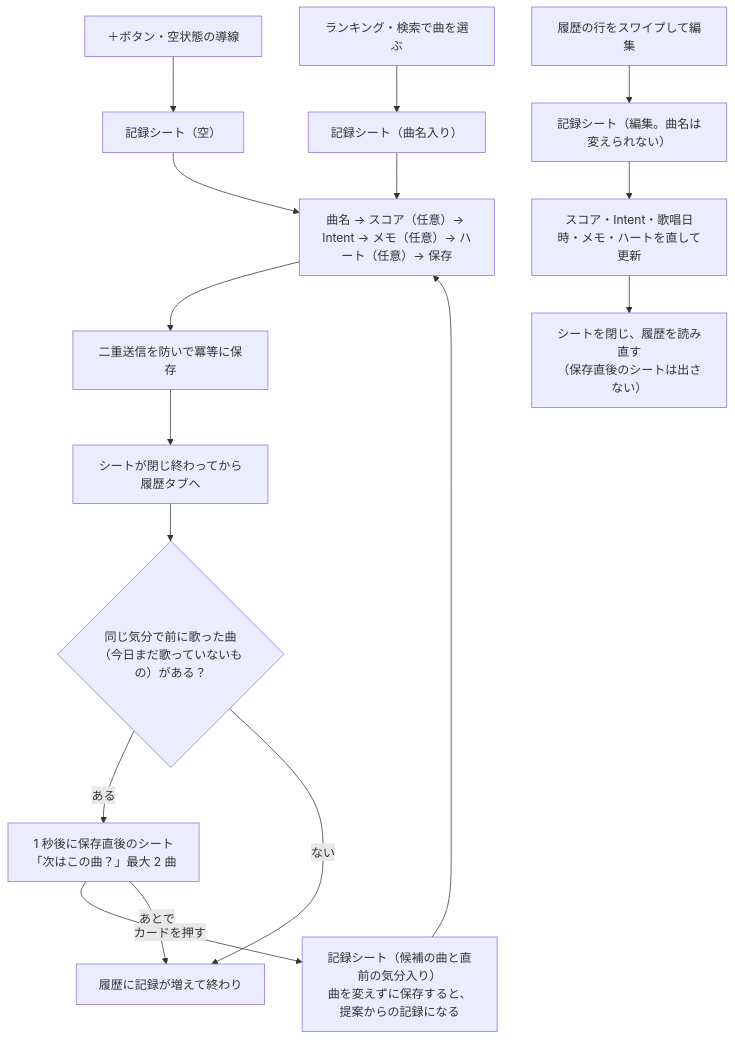
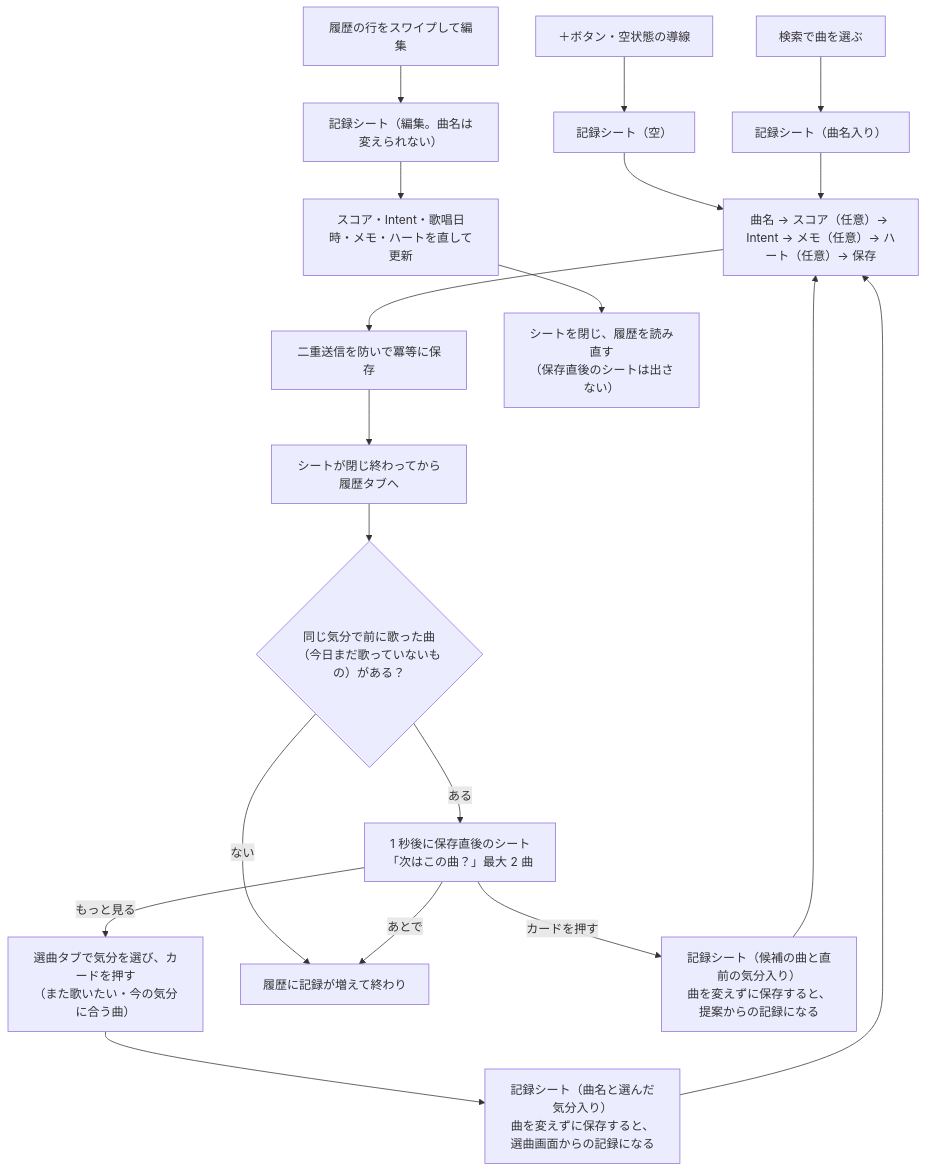
The fourth of 4 diagrams in docs/architecture.md (omomi-moti/Karaoke_support), drawn with Mermaid before and after one commit. The commit also changed other lines of this file and 64 other files, not shown here.

````diff
--- a/docs/architecture.md
+++ b/docs/architecture.md
@@ -215,20 +215,23 @@
 ```mermaid
 flowchart TD
     P["＋ボタン・空状態の導線"] --> S1["記録シート（空）"]
-    R["ランキング・検索で曲を選ぶ"] --> S2["記録シート（曲名入り）"]
+    R["検索で曲を選ぶ"] --> S2["記録シート（曲名入り）"]
+    SEL["選曲タブで気分を選び、カードを押す<br>（また歌いたい・今の気分に合う曲）"] --> S5["記録シート（曲名と選んだ気分入り）<br>曲を変えずに保存すると、選曲画面からの記録になる"]
     E["履歴の行をスワイプして編集"] --> S3["記録シート（編集。曲名は変えられない）"]
 
     S1 --> IN["曲名 → スコア（任意）→ Intent → メモ（任意）→ ハート（任意）→ 保存"]
     S2 --> IN
     IN --> SAVE["二重送信を防いで冪等に保存"]
     SAVE --> CLOSE["シートが閉じ終わってから履歴タブへ"]
     CLOSE --> Q{"同じ気分で前に歌った曲<br>（今日まだ歌っていないもの）がある？"}
     Q -->|ある| AS["1 秒後に保存直後のシート<br>「次はこの曲？」最大 2 曲"]
     Q -->|ない| END["履歴に記録が増えて終わり"]
     AS -->|カードを押す| S4["記録シート（候補の曲と直前の気分入り）<br>曲を変えずに保存すると、提案からの記録になる"]
     AS -->|あとで| END
+    AS -->|もっと見る| SEL
     S4 --> IN
+    S5 --> IN
 
     S3 --> UP["スコア・Intent・歌唱日時・メモ・ハートを直して更新"]
     UP --> CLOSE2["シートを閉じ、履歴を読み直す<br>（保存直後のシートは出さない）"]
 ```
````
